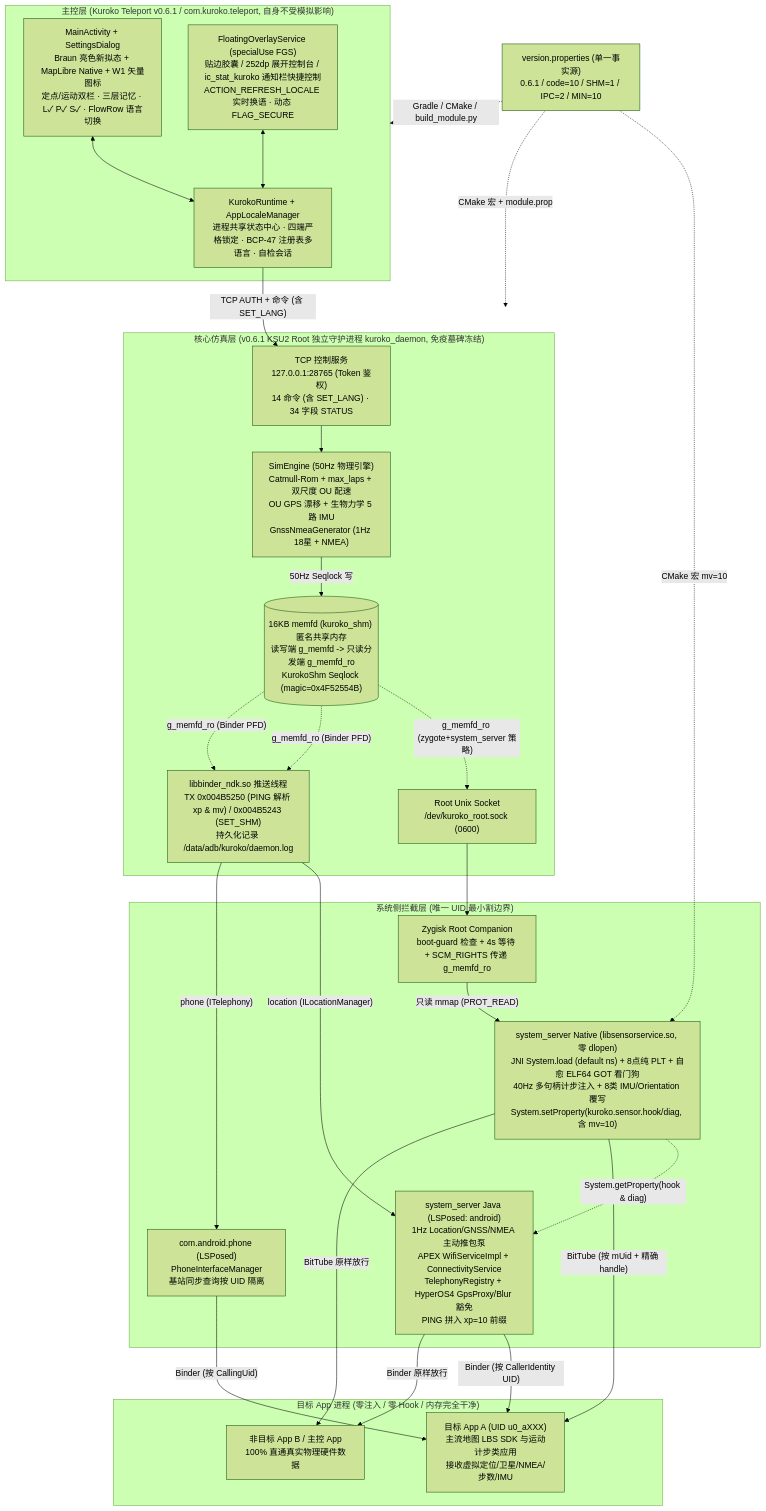
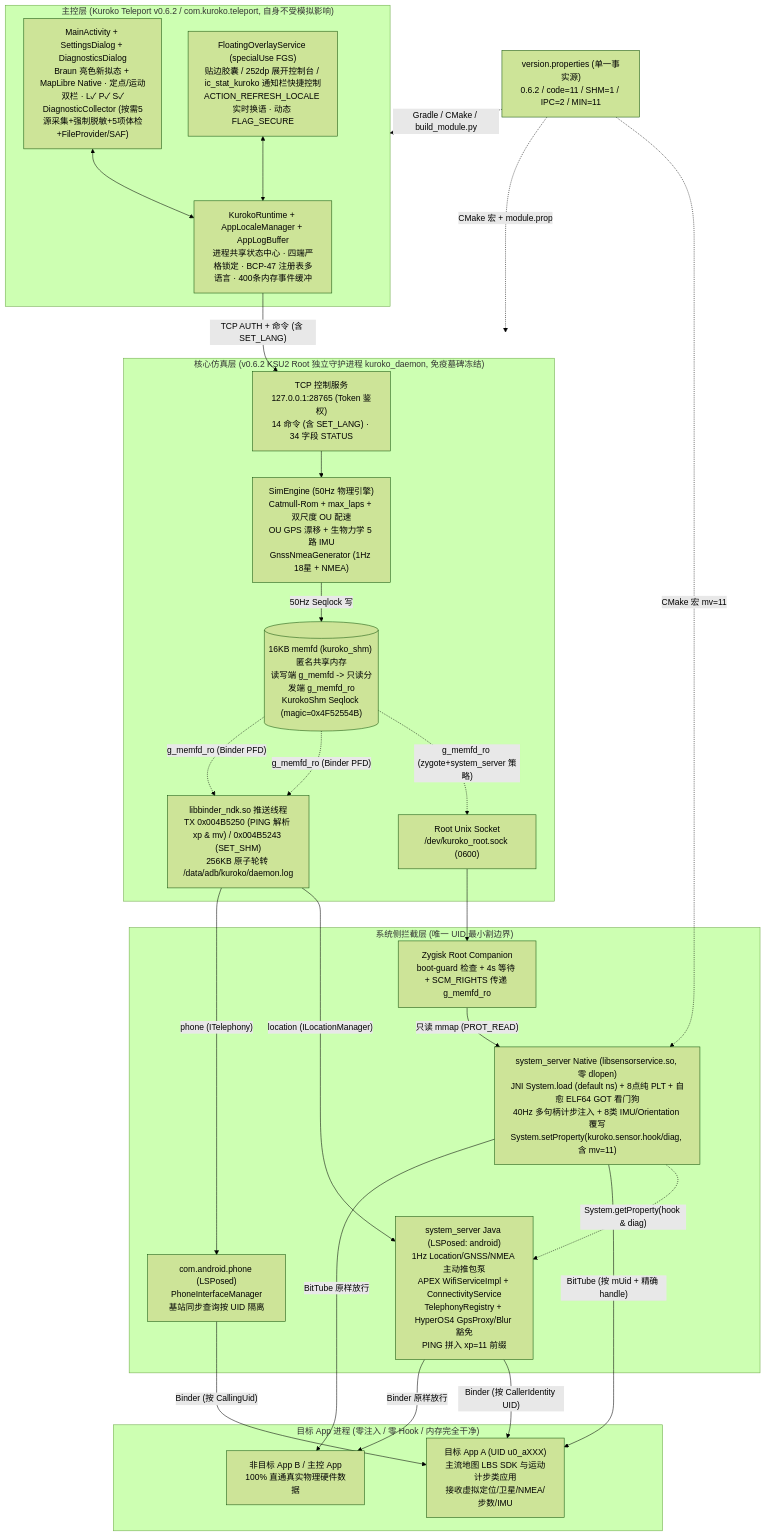
One commit to xmbhjQAQ/Kuroko-Teleport changed the first of 4 diagrams in docs/ARCHITECTURE.md. Above: the diagram before and after it, drawn with Mermaid (forest theme). The commit also changed other lines of this file and 5 other files, not shown here.

````diff
--- a/docs/ARCHITECTURE.md
+++ b/docs/ARCHITECTURE.md
@@ -17,48 +17,48 @@
 ```mermaid
 flowchart TB
-    VER["version.properties (单一事实源)\n0.6.1 / code=10 / SHM=1 / IPC=2 / MIN=10"]
+    VER["version.properties (单一事实源)\n0.6.2 / code=11 / SHM=1 / IPC=2 / MIN=11"]
 
-    subgraph CTRL["主控层 (Kuroko Teleport v0.6.1 / com.kuroko.teleport, 自身不受模拟影响)"]
-        RT["KurokoRuntime + AppLocaleManager\n进程共享状态中心 · 四端严格锁定 · BCP-47 注册表多语言 · 自检会话"]
-        UI["MainActivity + SettingsDialog\nBraun 亮色新拟态 + MapLibre Native + W1 矢量图标\n定点/运动双栏 · 三层记忆 · L✓ P✓ S✓ · FlowRow 语言切换"]
+    subgraph CTRL["主控层 (Kuroko Teleport v0.6.2 / com.kuroko.teleport, 自身不受模拟影响)"]
+        RT["KurokoRuntime + AppLocaleManager + AppLogBuffer\n进程共享状态中心 · 四端严格锁定 · BCP-47 注册表多语言 · 400条内存事件缓冲"]
+        UI["MainActivity + SettingsDialog + DiagnosticsDialog\nBraun 亮色新拟态 + MapLibre Native · 定点/运动双栏 · L✓ P✓ S✓\nDiagnosticCollector (按需5源采集+强制脱敏+5项体检+FileProvider/SAF)"]
         HUD["FloatingOverlayService (specialUse FGS)\n贴边胶囊 / 252dp 展开控制台 / ic_stat_kuroko 通知栏快捷控制\nACTION_REFRESH_LOCALE 实时换语 · 动态 FLAG_SECURE"]
         UI <--> RT
         HUD <--> RT
     end
 
-    subgraph DAEMON["核心仿真层 (v0.6.1 KSU2 Root 独立守护进程 kuroko_daemon, 免疫墓碑冻结)"]
+    subgraph DAEMON["核心仿真层 (v0.6.2 KSU2 Root 独立守护进程 kuroko_daemon, 免疫墓碑冻结)"]
         TCP["TCP 控制服务\n127.0.0.1:28765 (Token 鉴权)\n14 命令 (含 SET_LANG) · 34 字段 STATUS"]
         SIM["SimEngine (50Hz 物理引擎)\nCatmull-Rom + max_laps + 双尺度 OU 配速\nOU GPS 漂移 + 生物力学 5 路 IMU\nGnssNmeaGenerator (1Hz 18星 + NMEA)"]
         SHM[("16KB memfd (kuroko_shm) 匿名共享内存\n读写端 g_memfd -> 只读分发端 g_memfd_ro\nKurokoShm Seqlock (magic=0x4F52554B)")]
         UNIX["Root Unix Socket\n/dev/kuroko_root.sock (0600)"]
-        BNDK["libbinder_ndk.so 推送线程\nTX 0x004B5250 (PING 解析 xp & mv) / 0x004B5243 (SET_SHM)\n持久化记录 /data/adb/kuroko/daemon.log"]
+        BNDK["libbinder_ndk.so 推送线程\nTX 0x004B5250 (PING 解析 xp & mv) / 0x004B5243 (SET_SHM)\n256KB 原子轮转 /data/adb/kuroko/daemon.log"]
     end
 
     subgraph SYS["系统侧拦截层 (唯一 UID 最小割边界)"]
         COMP["Zygisk Root Companion\nboot-guard 检查 + 4s 等待 + SCM_RIGHTS 传递 g_memfd_ro"]
-        NATIVE["system_server Native (libsensorservice.so, 零 dlopen)\nJNI System.load (default ns) + 8点纯 PLT + 自愈 ELF64 GOT 看门狗\n40Hz 多句柄计步注入 + 8类 IMU/Orientation 覆写\nSystem.setProperty(kuroko.sensor.hook/diag, 含 mv=10)"]
-        JAVA_SYS["system_server Java (LSPosed: android)\n1Hz Location/GNSS/NMEA 主动推包泵\nAPEX WifiServiceImpl + ConnectivityService\nTelephonyRegistry + HyperOS4 GpsProxy/Blur 豁免\nPING 拼入 xp=10 前缀"]
+        NATIVE["system_server Native (libsensorservice.so, 零 dlopen)\nJNI System.load (default ns) + 8点纯 PLT + 自愈 ELF64 GOT 看门狗\n40Hz 多句柄计步注入 + 8类 IMU/Orientation 覆写\nSystem.setProperty(kuroko.sensor.hook/diag, 含 mv=11)"]
+        JAVA_SYS["system_server Java (LSPosed: android)\n1Hz Location/GNSS/NMEA 主动推包泵\nAPEX WifiServiceImpl + ConnectivityService\nTelephonyRegistry + HyperOS4 GpsProxy/Blur 豁免\nPING 拼入 xp=11 前缀"]
         JAVA_PHONE["com.android.phone (LSPosed)\nPhoneInterfaceManager\n基站同步查询按 UID 隔离"]
     end
 
     subgraph TARGET["目标 App 进程 (零注入 / 零 Hook / 内存完全干净)"]
         APP1["目标 App A (UID u0_aXXX)\n主流地图 LBS SDK 与运动计步类应用\n接收虚拟定位/卫星/NMEA/步数/IMU"]
         APP2["非目标 App B / 主控 App\n100% 直通真实物理硬件数据"]
     end
 
     VER -.->|"Gradle / CMake / build_module.py"| CTRL
     VER -.->|"CMake 宏 + module.prop"| DAEMON
-    VER -.->|"CMake 宏 mv=10"| NATIVE
+    VER -.->|"CMake 宏 mv=11"| NATIVE
 
     RT -->|"TCP AUTH + 命令 (含 SET_LANG)"| TCP --> SIM -->|"50Hz Seqlock 写"| SHM
     SHM -.->|"g_memfd_ro (zygote+system_server 策略)"| UNIX --> COMP -->|"只读 mmap (PROT_READ)"| NATIVE
     NATIVE -.->|"System.getProperty(hook & diag)"| JAVA_SYS
     SHM -.->|"g_memfd_ro (Binder PFD)"| BNDK -->|"location (ILocationManager)"| JAVA_SYS
     SHM -.->|"g_memfd_ro (Binder PFD)"| BNDK -->|"phone (ITelephony)"| JAVA_PHONE
 
     NATIVE -->|"BitTube (按 mUid + 精确 handle)"| APP1
     NATIVE -->|"BitTube 原样放行"| APP2
     JAVA_SYS -->|"Binder (按 CallerIdentity UID)"| APP1
     JAVA_SYS -->|"Binder 原样放行"| APP2
     JAVA_PHONE -->|"Binder (按 CallingUid)"| APP1
 ```
````
